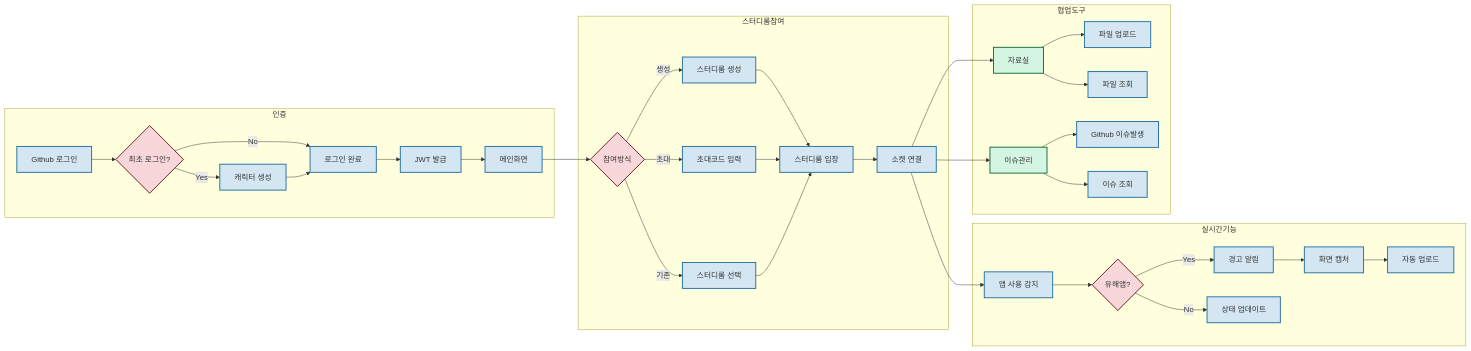
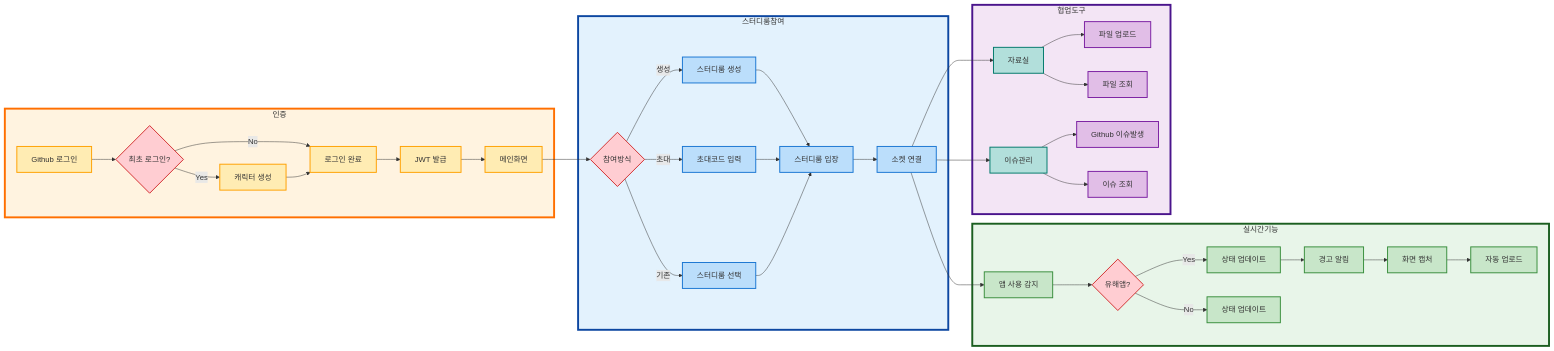
Before and after one commit to Linkode2024/.github: the diagram in profile/README.md, drawn with Mermaid. The commit also changed other lines of this file, not shown here.

````diff
--- a/profile/README.md
+++ b/profile/README.md
@@ -74,48 +34,61 @@
 ```mermaid
 graph LR
     subgraph 인증
         A1[Github 로그인] --> A2{최초 로그인?}
         A2 -->|Yes| A3[캐릭터 생성]
         A2 -->|No| A4[로그인 완료]
         A3 --> A4
         A4 --> A5[JWT 발급]
         A5 --> A6[메인화면]
     end
 
     subgraph 스터디룸참여
         B1{참여방식} -->|생성| B2[스터디룸 생성]
         B1 -->|초대| B3[초대코드 입력]
         B1 -->|기존| B6[스터디룸 선택]
         B2 & B3 & B6 --> B4[스터디룸 입장]
         B4 --> B5[소켓 연결]
     end
 
     subgraph 실시간기능
         C1[앱 사용 감지] --> C2{유해앱?}
-        C2 -->|Yes| C3[경고 알림]
-        C3 --> C5[화면 캡처]
+        C2 -->|Yes| C3[상태 업데이트]
+        C3 --> C4[경고 알림]
+        C4 --> C5[화면 캡처]
         C5 --> C6[자동 업로드]
-        C2 -->|No| C4[상태 업데이트]
+        C2 -->|No| C7[상태 업데이트]
     end
 
     subgraph 협업도구
         D1[자료실] --> D2[파일 업로드]
         D1 --> D3[파일 조회]
         D4[이슈관리] --> D5[Github 이슈발생]
         D4 --> D6[이슈 조회]
     end
 
     A6 --> B1
     B5 --> C1
     B5 --> D1
     B5 --> D4
 
     classDef default fill:#f9f9f9,stroke:#333,stroke-width:2px;
-    classDef process fill:#d4e6f1,stroke:#2874a6,stroke-width:2px;
-    classDef decision fill:#f8d7da,stroke:#721c24,stroke-width:2px;
-    classDef endpoint fill:#d5f5e3,stroke:#196f3d,stroke-width:2px;
+    classDef login fill:#ffecb3,stroke:#ffa000,stroke-width:2px;
+    classDef room fill:#bbdefb,stroke:#1976d2,stroke-width:2px;
+    classDef monitor fill:#c8e6c9,stroke:#388e3c,stroke-width:2px;
+    classDef collab fill:#e1bee7,stroke:#7b1fa2,stroke-width:2px;
+    classDef decision fill:#ffcdd2,stroke:#d32f2f,stroke-width:2px;
+    classDef endpoint fill:#b2dfdb,stroke:#00796b,stroke-width:2px;
 
-    class A1,A3,A4,A5,A6,B2,B3,B4,B5,B6,C1,C3,C4,C5,C6,D2,D3,D5,D6 process;
+    class A1,A3,A4,A5,A6 login;
+    class B2,B3,B4,B5,B6 room;
+    class C1,C3,C4,C5,C6,C7 monitor;
+    class D2,D3,D5,D6 collab;
     class A2,B1,C2 decision;
     class D1,D4 endpoint;
+
+    style 인증 fill:#fff3e0,stroke:#ff6f00,stroke-width:4px
+    style 스터디룸참여 fill:#e3f2fd,stroke:#0d47a1,stroke-width:4px
+    style 실시간기능 fill:#e8f5e9,stroke:#1b5e20,stroke-width:4px
+    style 협업도구 fill:#f3e5f5,stroke:#4a148c,stroke-width:4px
+
 ```
````
